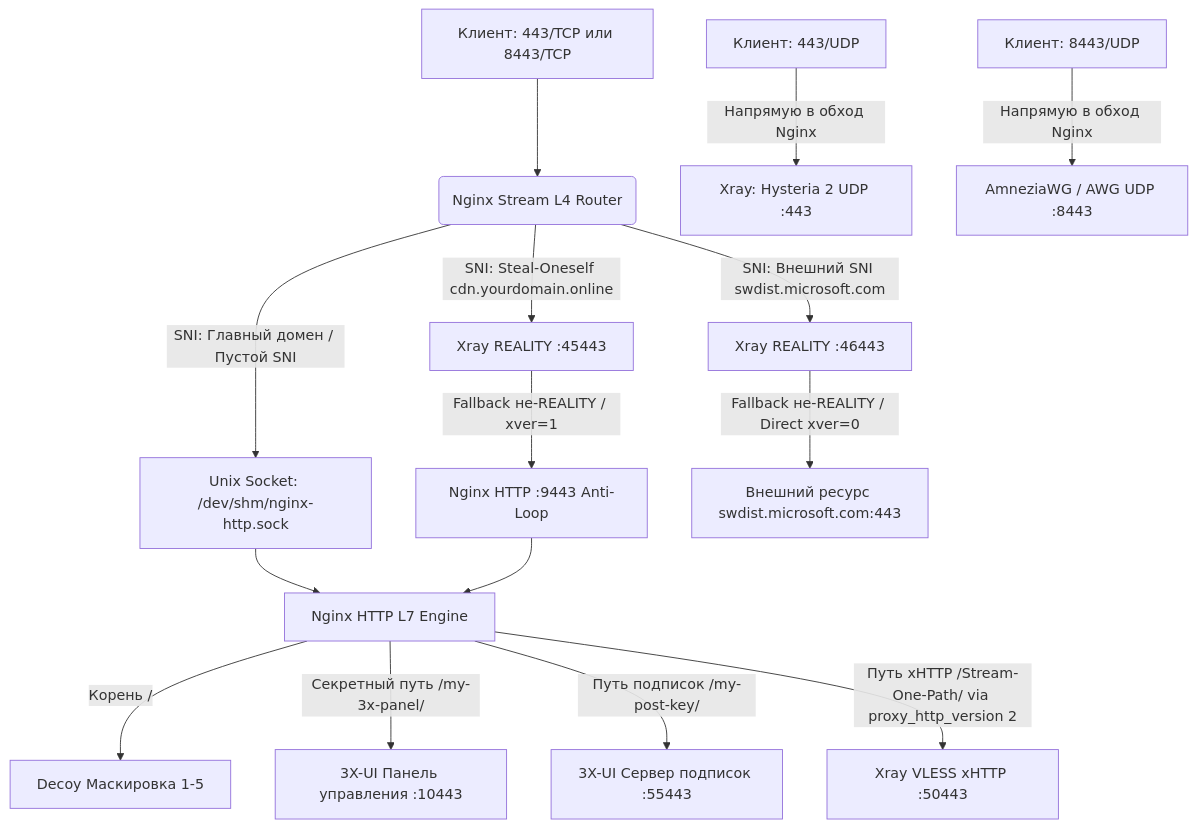
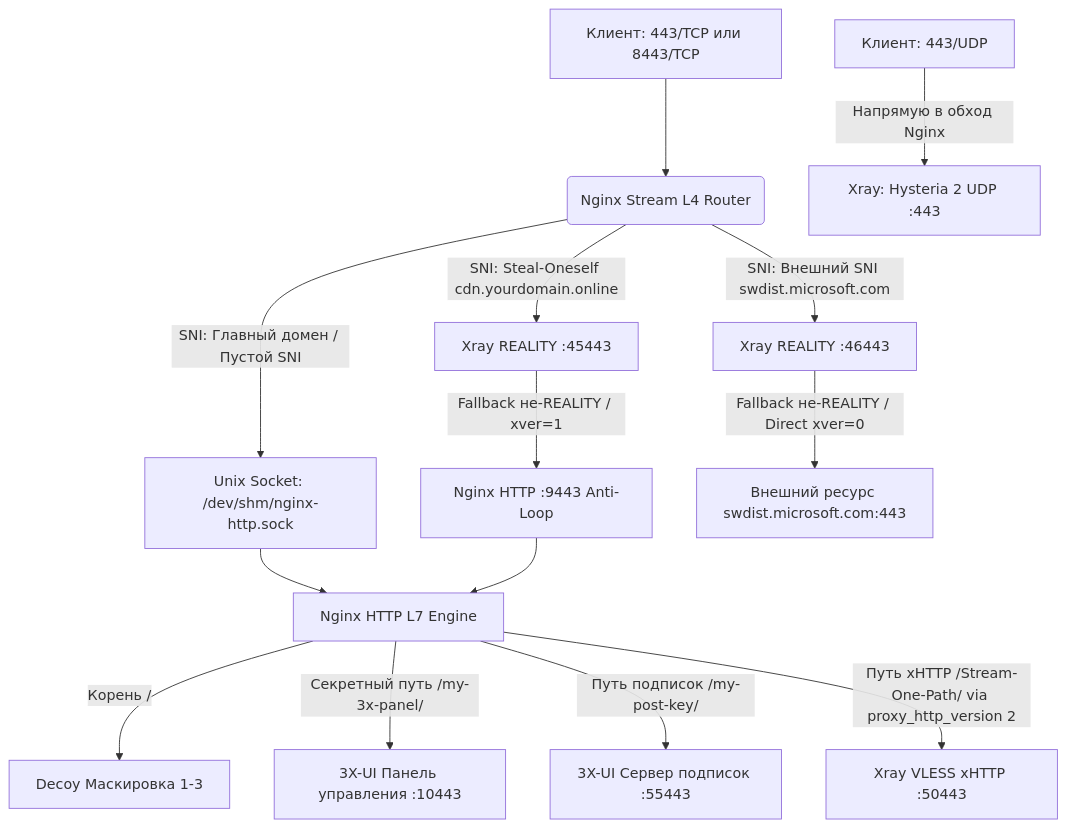
One commit to torrua/Nginx-L4-Stream-Router-Mask-for-3x-ui changed the diagram in README.md. Above: the diagram before and after it, drawn with Mermaid. The commit also changed other lines of this file, not shown here.

````diff
--- a/README.md
+++ b/README.md
@@ -64,21 +64,20 @@
 ```mermaid
 graph TD
     Client443TCP[Клиент: 443/TCP или 8443/TCP] --> NginxStream(Nginx Stream L4 Router)
     Client443UDP[Клиент: 443/UDP] -->|Напрямую в обход Nginx| XrayHysteria[Xray: Hysteria 2 UDP :443]
-    Client8443UDP[Клиент: 8443/UDP] -->|Напрямую в обход Nginx| AWGServer[AmneziaWG / AWG UDP :8443]
 
     NginxStream -->|SNI: Главный домен / Пустой SNI| NginxSock[Unix Socket: /dev/shm/nginx-http.sock]
     NginxStream -->|SNI: Steal-Oneself cdn.yourdomain.online| XrayStealREALITY[Xray REALITY :45443]
     NginxStream -->|SNI: Внешний SNI swdist.microsoft.com| XrayClassicREALITY[Xray REALITY :46443]
 
     XrayStealREALITY -->|Fallback не-REALITY / xver=1| NginxFallbackHTTP[Nginx HTTP :9443 Anti-Loop]
     XrayClassicREALITY -->|Fallback не-REALITY / Direct xver=0| ExternalSite[Внешний ресурс swdist.microsoft.com:443]
 
     NginxSock --> NginxHTTPCore[Nginx HTTP L7 Engine]
     NginxFallbackHTTP --> NginxHTTPCore
 
-    NginxHTTPCore -->|Корень /| DecoySite[Decoy Маскировка 1-5]
+    NginxHTTPCore -->|Корень /| DecoySite[Decoy Маскировка 1-3]
     NginxHTTPCore -->|Секретный путь /my-3x-panel/| Panel3X[3X-UI Панель управления :10443]
     NginxHTTPCore -->|Путь подписок /my-post-key/| PanelSub[3X-UI Сервер подписок :55443]
     NginxHTTPCore -->|Путь xHTTP /Stream-One-Path/ via proxy_http_version 2| XrayXHTTP[Xray VLESS xHTTP :50443]
 ```
````
